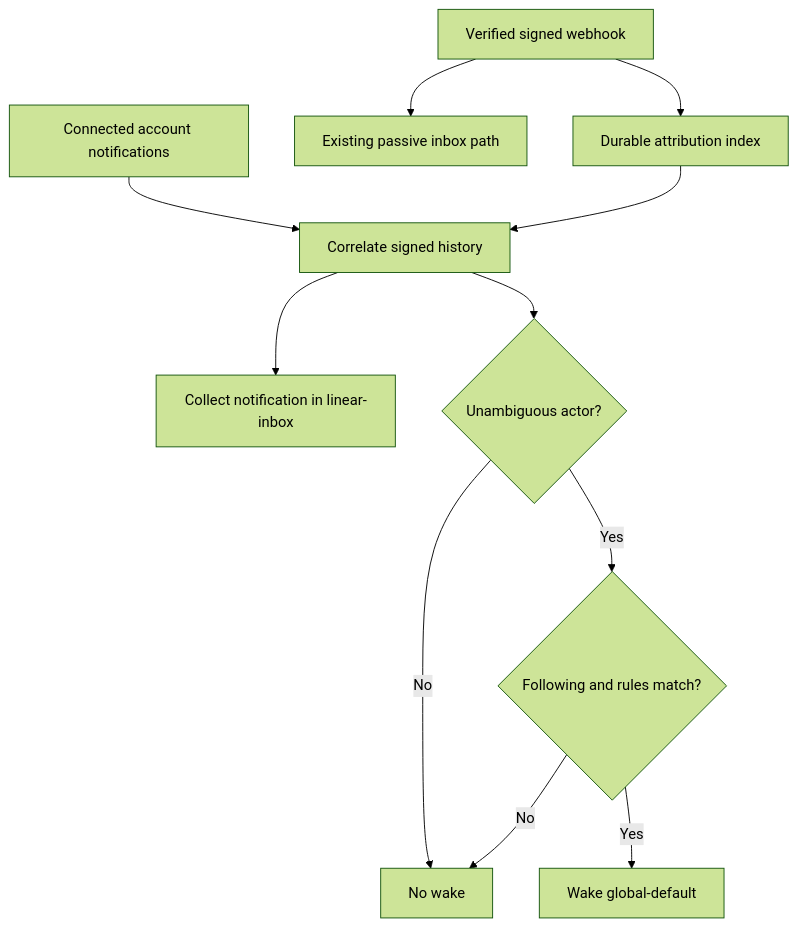
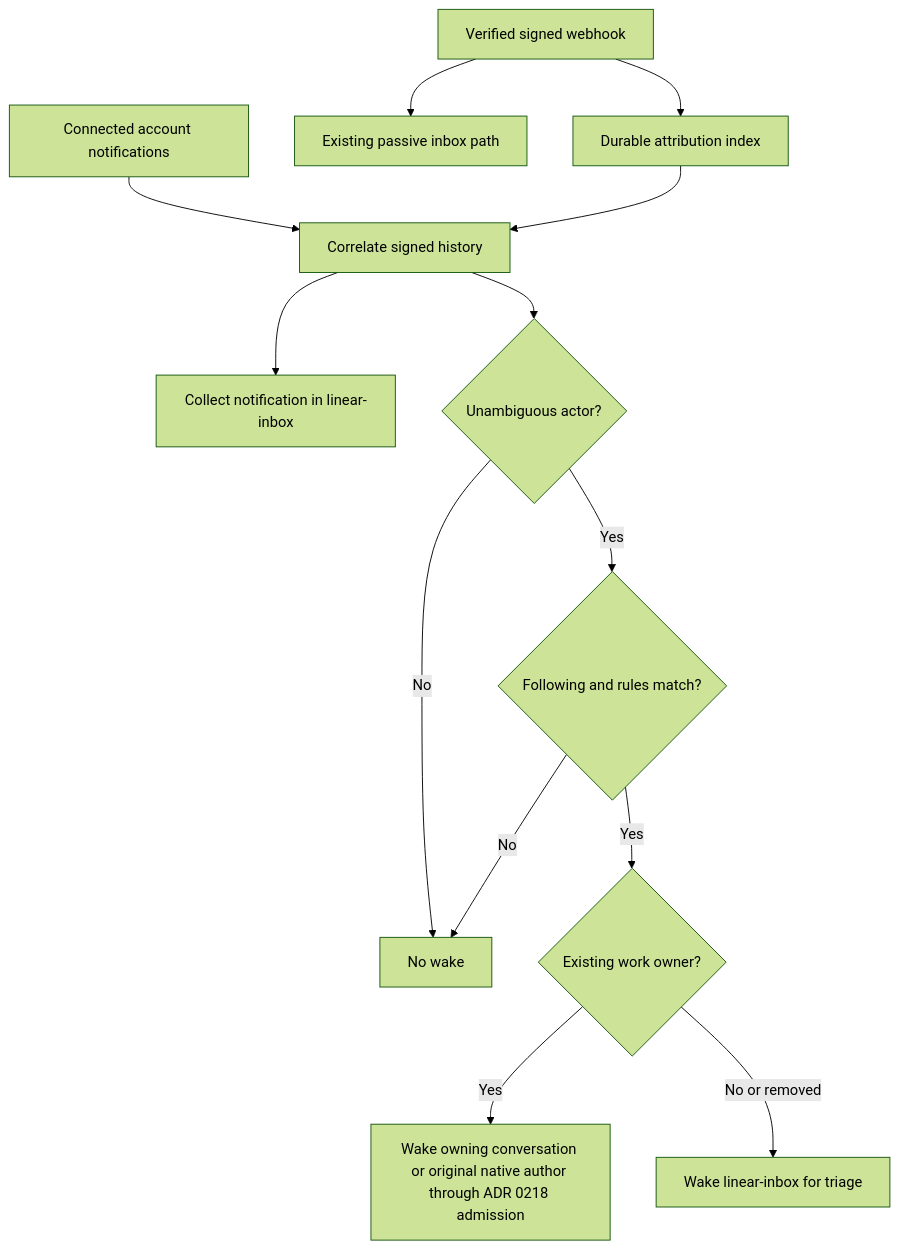
One commit to Volpestyle/clankie changed the diagram in docs/adr/0214-linear-wakes-require-attribution-and-rules.md. Above: the diagram before and after it, drawn with Mermaid (forest theme). The commit also changed other lines of this file and 51 other files, not shown here.

First line of the commit message:
Route Linear events to their original work owners

````diff
--- a/docs/adr/0214-linear-wakes-require-attribution-and-rules.md
+++ b/docs/adr/0214-linear-wakes-require-attribution-and-rules.md
@@ -36,13 +37,15 @@
 ```mermaid
 flowchart TD
     Hook[Verified signed webhook] --> Index[Durable attribution index]
     Hook --> History[Existing passive inbox path]
     Notifications[Connected account notifications] --> Match[Correlate signed history]
     Index --> Match
     Match --> Collect[Collect notification in linear-inbox]
     Match --> Known{Unambiguous actor?}
     Known -->|No| Quiet[No wake]
     Known -->|Yes| Rules{Following and rules match?}
     Rules -->|No| Quiet
-    Rules -->|Yes| Wake[Wake global-default]
+    Rules -->|Yes| Route{Existing work owner?}
+    Route -->|Yes| Wake[Wake owning conversation or original native author through ADR 0218 admission]
+    Route -->|No or removed| Inbox[Wake linear-inbox for triage]
 ```
````
